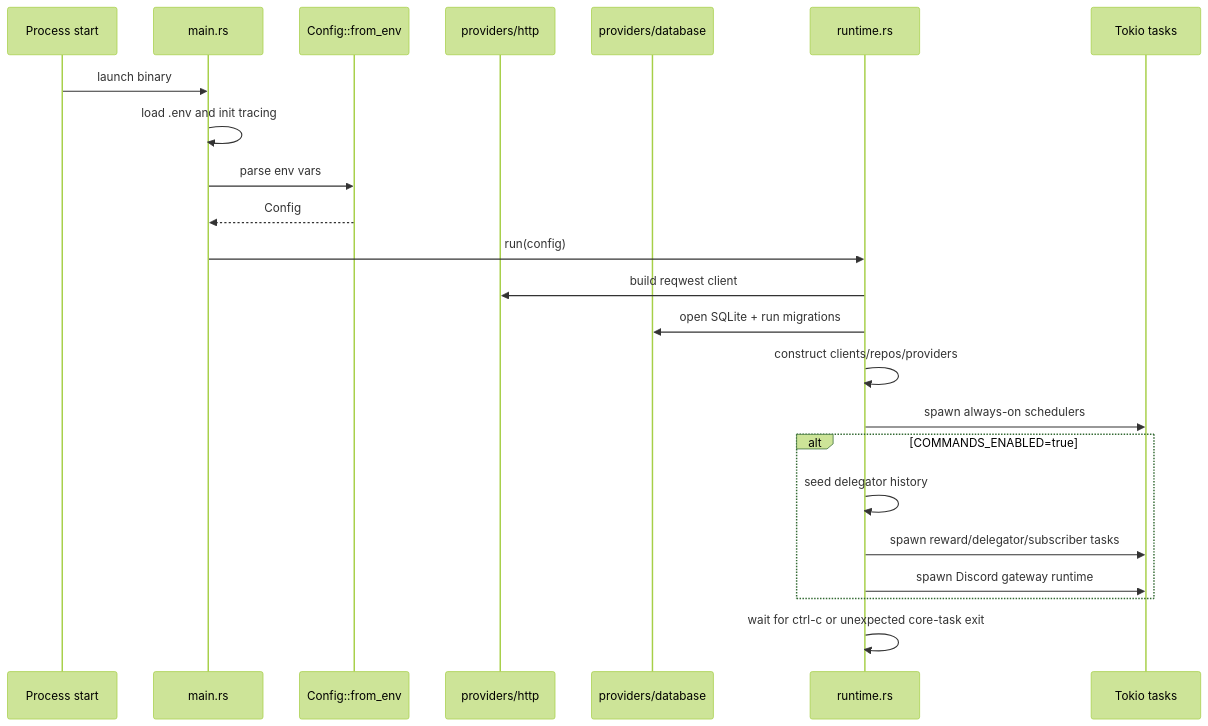
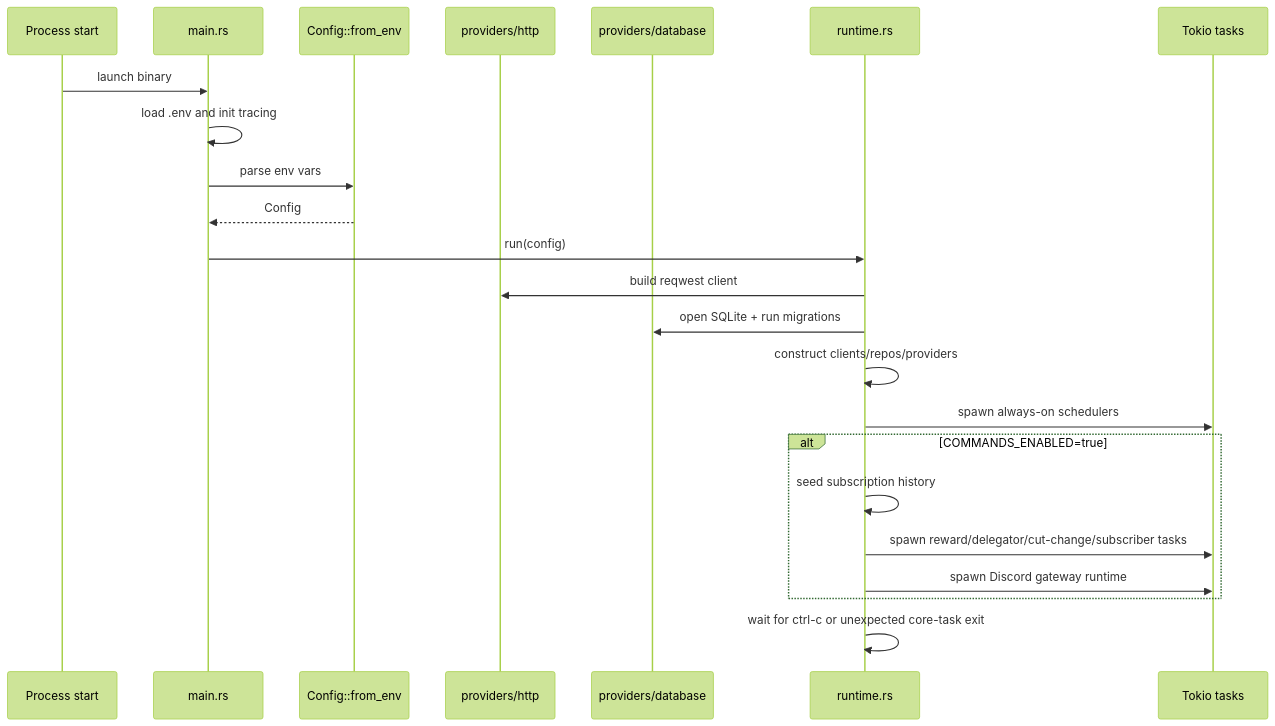
One commit to Cloud-SPE/livepeer-network-bot changed the third of 9 diagrams in docs/design-docs/architecture.md. Above: the diagram before and after it, drawn with Mermaid (forest theme). The commit also changed other lines of this file and 23 other files, not shown here.

````diff
--- a/docs/design-docs/architecture.md
+++ b/docs/design-docs/architecture.md
@@ -165,26 +167,26 @@
 ```mermaid
 sequenceDiagram
     participant OS as Process start
     participant Main as main.rs
     participant Config as Config::from_env
     participant HTTP as providers/http
     participant DB as providers/database
     participant Runtime as runtime.rs
     participant Tasks as Tokio tasks
 
     OS->>Main: launch binary
     Main->>Main: load .env and init tracing
     Main->>Config: parse env vars
     Config-->>Main: Config
     Main->>Runtime: run(config)
     Runtime->>HTTP: build reqwest client
     Runtime->>DB: open SQLite + run migrations
     Runtime->>Runtime: construct clients/repos/providers
     Runtime->>Tasks: spawn always-on schedulers
     alt COMMANDS_ENABLED=true
-        Runtime->>Runtime: seed delegator history
-        Runtime->>Tasks: spawn reward/delegator/subscriber tasks
+        Runtime->>Runtime: seed subscription history
+        Runtime->>Tasks: spawn reward/delegator/cut-change/subscriber tasks
         Runtime->>Tasks: spawn Discord gateway runtime
     end
     Runtime->>Runtime: wait for ctrl-c or unexpected core-task exit
 ```
````
